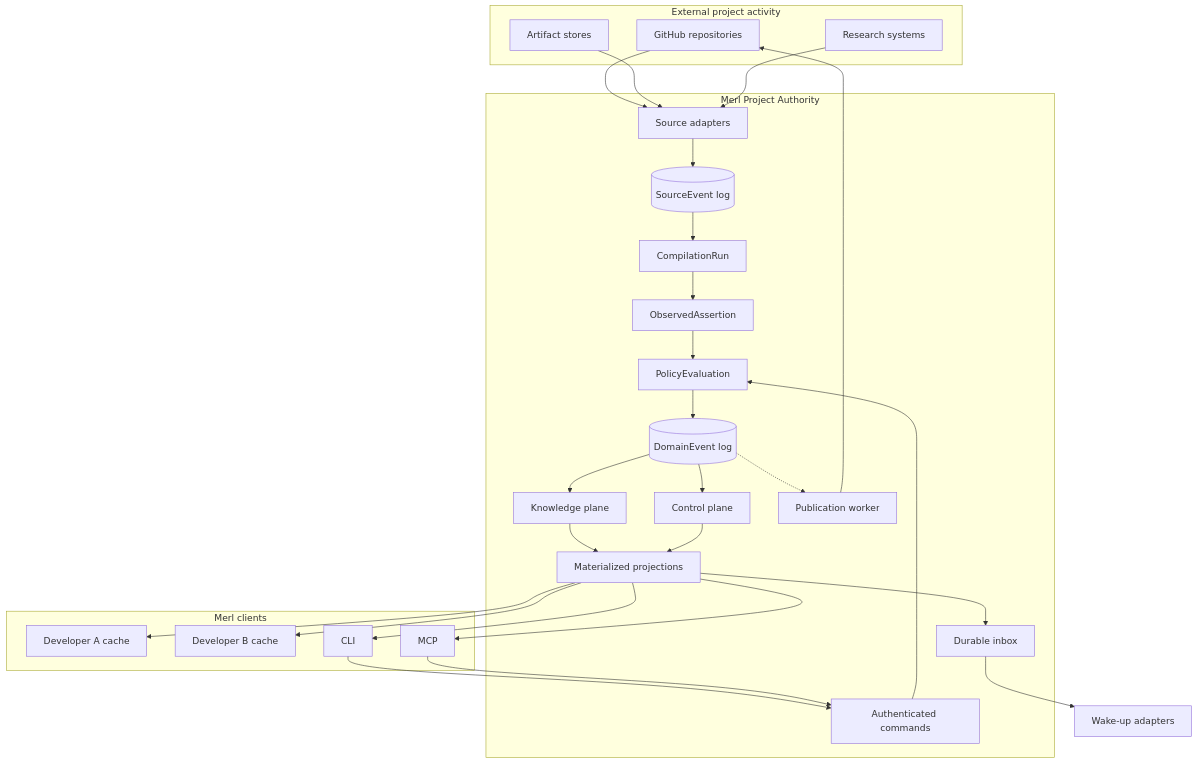
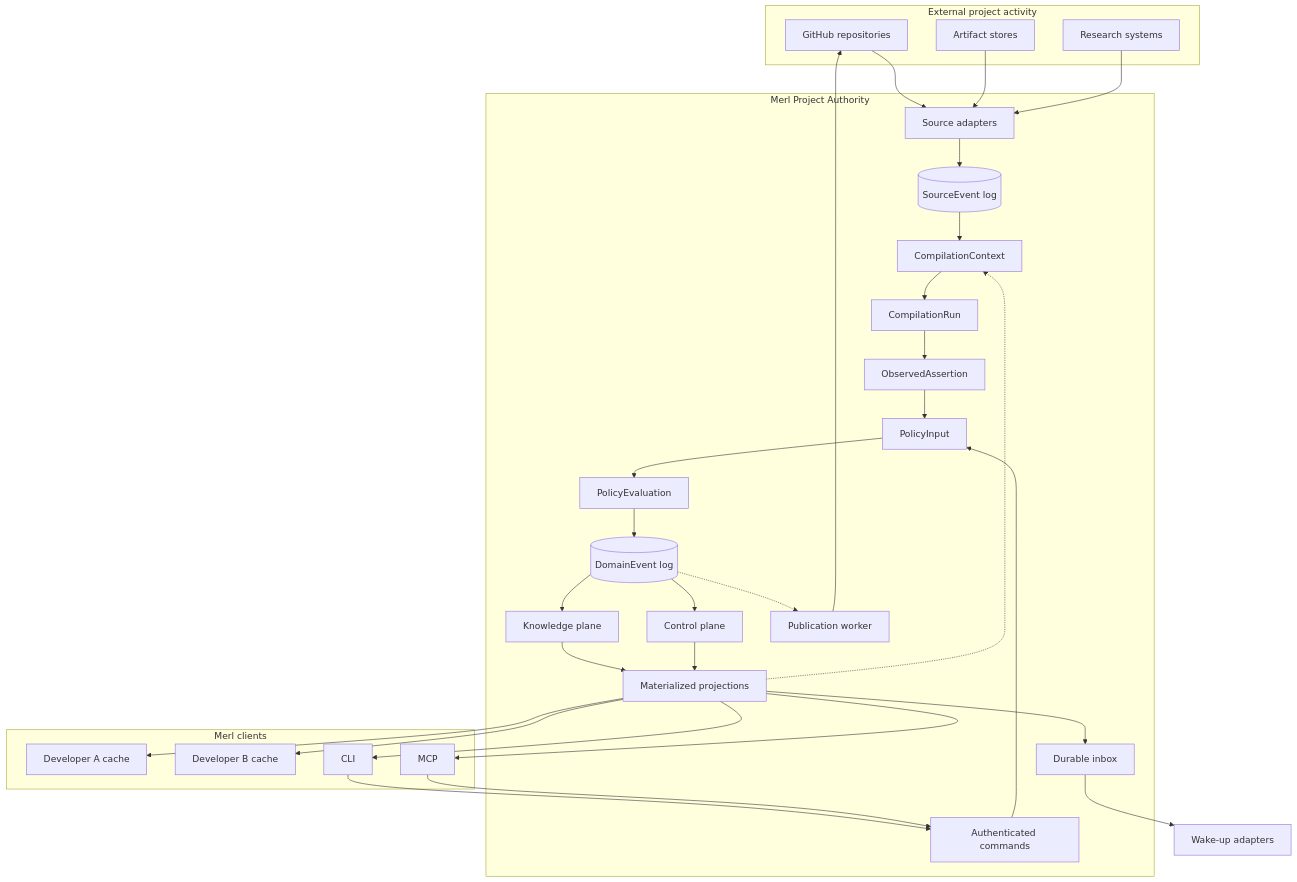
The first of 5 diagrams in docs/architecture.md (infagent/merl), drawn with Mermaid before and after one commit. The commit also changed other lines of this file and 3 other files, not shown here.

Commit message:
docs: tighten architecture and first release scope

````diff
--- a/docs/architecture.md
+++ b/docs/architecture.md
@@ -38,49 +42,52 @@
 ```mermaid
 flowchart TB
     subgraph activity[External project activity]
         GH[GitHub repositories]
         AR[Artifact stores]
         RR[Research systems]
     end
 
     subgraph authority[Merl Project Authority]
         SA[Source adapters]
         SE[(SourceEvent log)]
+        CX[CompilationContext]
         CR[CompilationRun]
         OA[ObservedAssertion]
+        PI[PolicyInput]
         PE[PolicyEvaluation]
         DE[(DomainEvent log)]
         KP[Knowledge plane]
         CP[Control plane]
         MP[Materialized projections]
         IN[Durable inbox]
         CMD[Authenticated commands]
         PUB[Publication worker]
 
-        SA --> SE --> CR --> OA --> PE --> DE
-        CMD --> PE
+        SA --> SE --> CX --> CR --> OA --> PI --> PE --> DE
+        CMD --> PI
         DE --> KP --> MP
         DE --> CP --> MP
+        MP -.-> CX
         MP --> IN
         DE -.-> PUB
     end
 
     subgraph clients[Merl clients]
         A[Developer A cache]
         B[Developer B cache]
         CLI[CLI]
         MCP[MCP]
     end
 
     GH --> SA
     AR --> SA
     RR --> SA
     MP --> A
     MP --> B
     MP --> CLI
     MP --> MCP
     CLI --> CMD
     MCP --> CMD
     IN --> WA[Wake-up adapters]
     PUB --> GH
 ```
````
